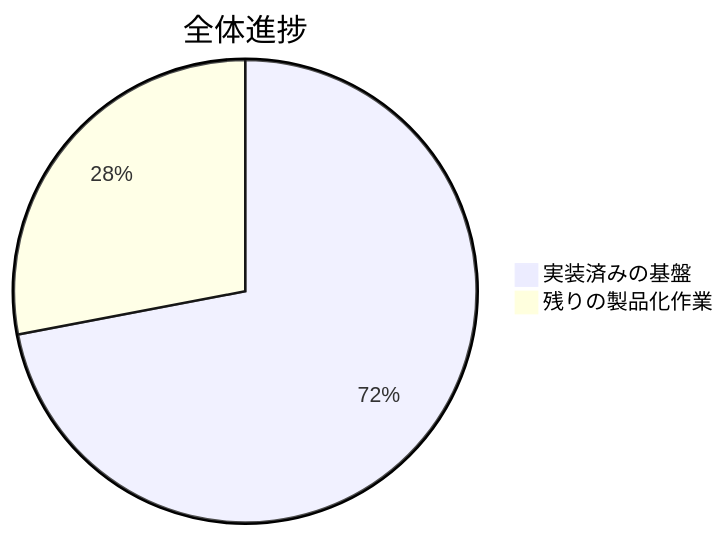
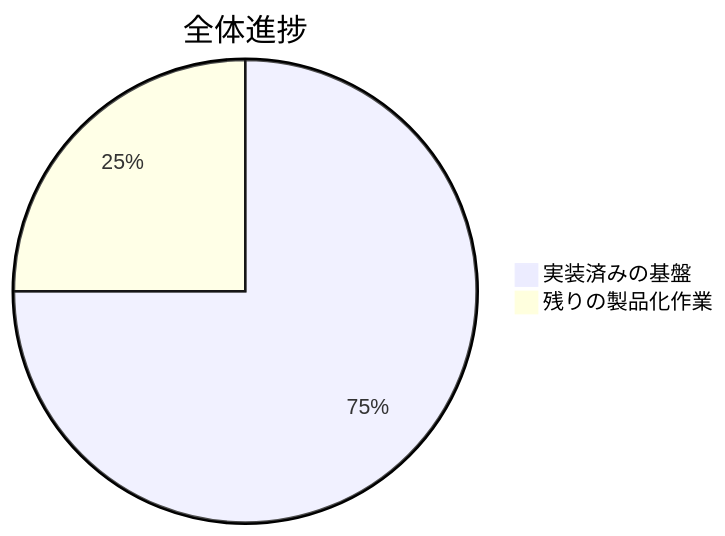
Before and after one commit to lingmulongtai/GlyphRay: the first of 5 diagrams in README.ja.md, drawn with Mermaid. The commit also changed other lines of this file and 52 other files, not shown here.

````diff
--- a/README.ja.md
+++ b/README.ja.md
@@ -15,5 +15,5 @@
 ```mermaid
 pie title 全体進捗
-  "実装済みの基盤" : 72
-  "残りの製品化作業" : 28
+  "実装済みの基盤" : 75
+  "残りの製品化作業" : 25
 ```
````
